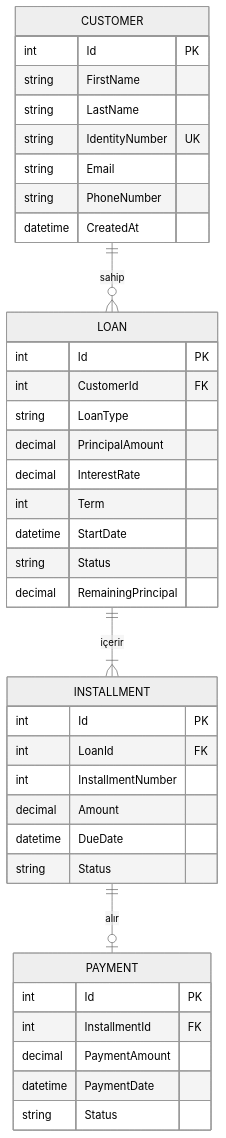
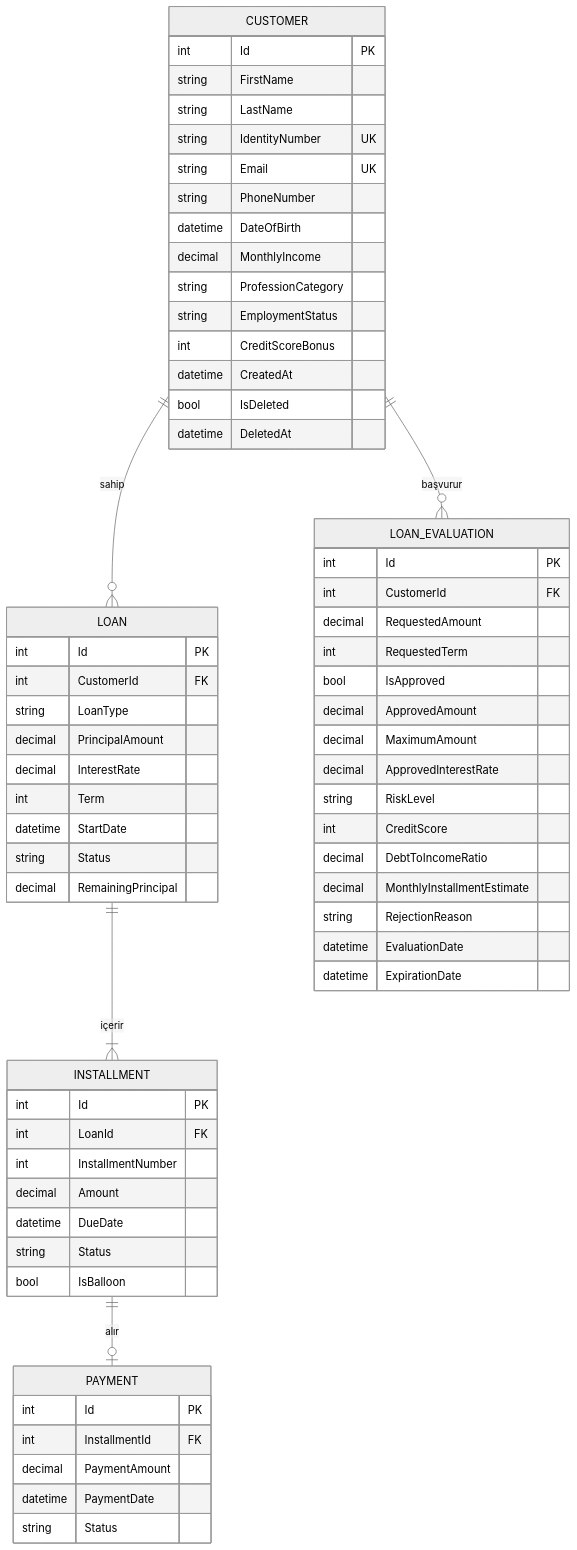
One commit to js-lover/credit-case changed the first of 8 diagrams in README.md. Above: the diagram before and after it, drawn with Mermaid (neutral theme). The commit also changed other lines of this file and 2 other files, not shown here.

First line of the commit message:
docs: expand documentation with mermaid diagrams, interest engine and mock service details

````diff
--- a/README.md
+++ b/README.md
@@ -289,42 +299,68 @@
 ```mermaid
 erDiagram
     CUSTOMER {
         int Id PK
         string FirstName
         string LastName
         string IdentityNumber UK
-        string Email
+        string Email UK
         string PhoneNumber
+        datetime DateOfBirth
+        decimal MonthlyIncome
+        string ProfessionCategory
+        string EmploymentStatus
+        int CreditScoreBonus
         datetime CreatedAt
+        bool IsDeleted
+        datetime DeletedAt
     }
     LOAN {
         int Id PK
         int CustomerId FK
         string LoanType
         decimal PrincipalAmount
         decimal InterestRate
         int Term
         datetime StartDate
         string Status
         decimal RemainingPrincipal
     }
     INSTALLMENT {
         int Id PK
         int LoanId FK
         int InstallmentNumber
         decimal Amount
         datetime DueDate
         string Status
+        bool IsBalloon
     }
     PAYMENT {
         int Id PK
         int InstallmentId FK
         decimal PaymentAmount
         datetime PaymentDate
         string Status
     }
+    LOAN_EVALUATION {
+        int Id PK
+        int CustomerId FK
+        decimal RequestedAmount
+        int RequestedTerm
+        bool IsApproved
+        decimal ApprovedAmount
+        decimal MaximumAmount
+        decimal ApprovedInterestRate
+        string RiskLevel
+        int CreditScore
+        decimal DebtToIncomeRatio
+        decimal MonthlyInstallmentEstimate
+        string RejectionReason
+        datetime EvaluationDate
+        datetime ExpirationDate
+    }
 
     CUSTOMER ||--o{ LOAN : "sahip"
+    CUSTOMER ||--o{ LOAN_EVALUATION : "başvurur"
     LOAN ||--|{ INSTALLMENT : "içerir"
     INSTALLMENT ||--o| PAYMENT : "alır"
 ```
````
